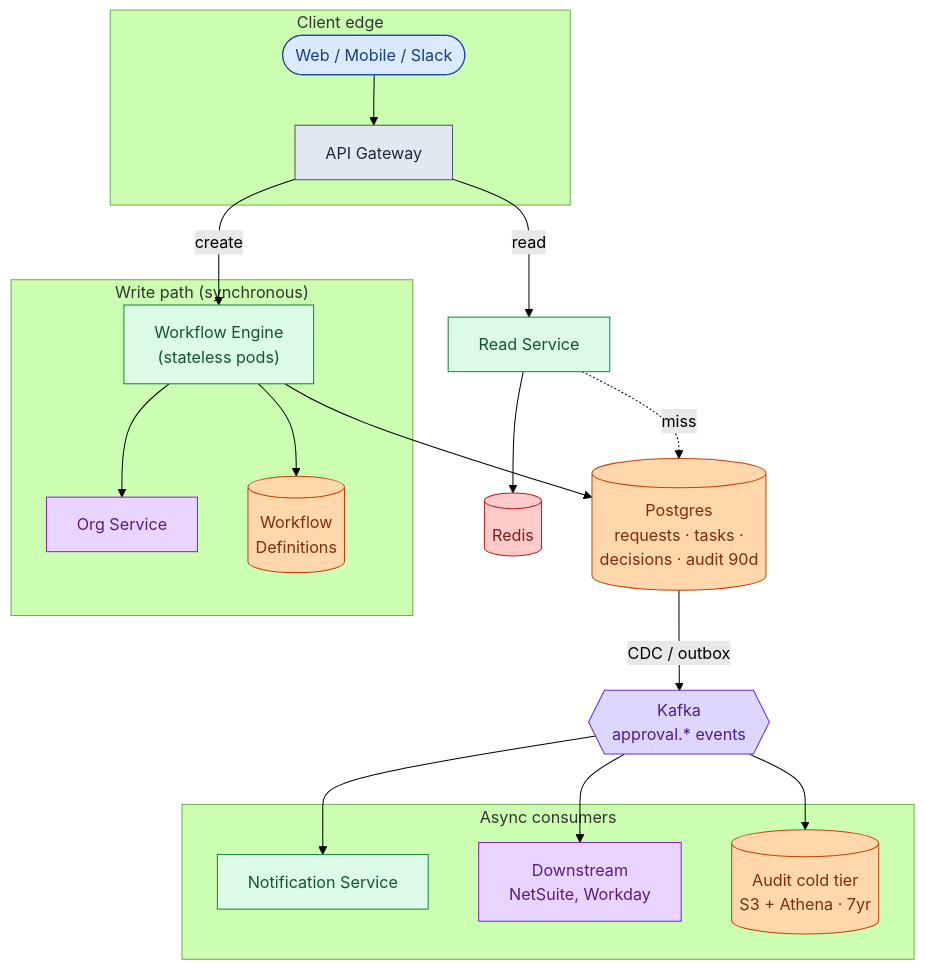
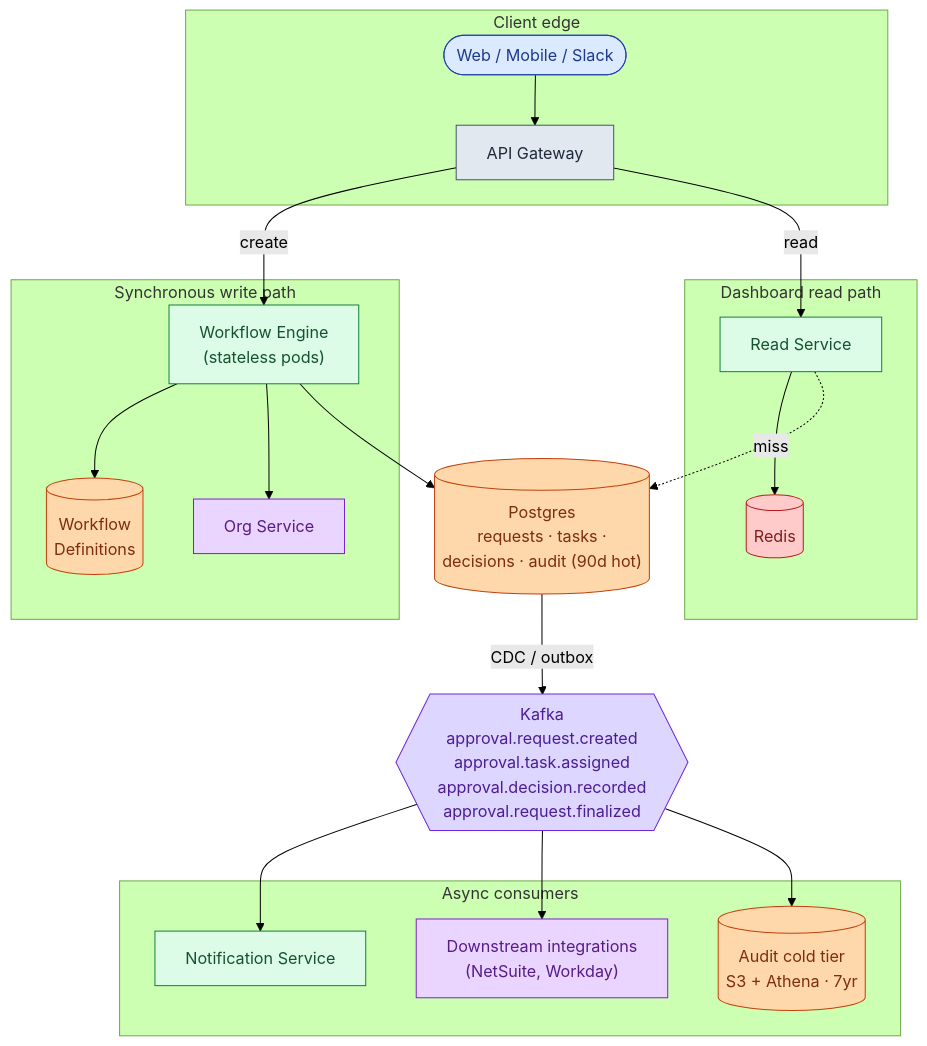
Before and after one commit to shiningflash/system-design: the tenth of 12 diagrams in problems/011-approval-management/question.md, drawn with Mermaid (forest theme). The commit also changed other lines of this file and 37 other files, not shown here.

````diff
--- a/problems/011-approval-management/question.md
+++ b/problems/011-approval-management/question.md
@@ -289,47 +425,49 @@
 ```mermaid
 flowchart TB
     subgraph Edge["Client edge"]
         C([Web / Mobile / Slack]):::user
         GW["API Gateway"]:::edge
     end
 
-    subgraph WritePath["Write path (synchronous)"]
+    subgraph WritePath["Synchronous write path"]
         E["Workflow Engine<br/>(stateless pods)"]:::app
         O["Org Service"]:::ext
         Defs[("Workflow<br/>Definitions")]:::db
     end
 
-    DB[("Postgres<br/>requests · tasks ·<br/>decisions · audit 90d")]:::db
+    DB[("Postgres<br/>requests · tasks ·<br/>decisions · audit (90d hot)")]:::db
 
-    R["Read Service"]:::app
-    Cache[("Redis")]:::cache
+    subgraph ReadPath["Dashboard read path"]
+        R["Read Service"]:::app
+        Cache[("Redis")]:::cache
+    end
 
-    K{{"Kafka<br/>approval.* events"}}:::queue
+    K{{"Kafka<br/>approval.request.created<br/>approval.task.assigned<br/>approval.decision.recorded<br/>approval.request.finalized"}}:::queue
 
     subgraph Consumers["Async consumers"]
         N["Notification Service"]:::app
-        I["Downstream<br/>NetSuite, Workday"]:::ext
-        A[("Audit cold tier<br/>S3 + Athena · 7yr")]:::db
+        I["Downstream integrations<br/>(NetSuite, Workday)"]:::ext
+        Cold[("Audit cold tier<br/>S3 + Athena · 7yr")]:::db
     end
 
     C --> GW
     GW -->|create| E
     GW -->|read| R
     E --> Defs
     E --> O
     E --> DB
     R --> Cache
     R -.miss.-> DB
     DB -->|CDC / outbox| K
     K --> N
     K --> I
-    K --> A
+    K --> Cold
 
     classDef user fill:#dbeafe,stroke:#1e40af,color:#1e3a8a
     classDef edge fill:#e2e8f0,stroke:#475569,color:#1e293b
     classDef app fill:#dcfce7,stroke:#15803d,color:#14532d
     classDef db fill:#fed7aa,stroke:#c2410c,color:#7c2d12
     classDef cache fill:#fecaca,stroke:#b91c1c,color:#7f1d1d
     classDef queue fill:#ddd6fe,stroke:#6d28d9,color:#4c1d95
     classDef ext fill:#e9d5ff,stroke:#7e22ce,color:#581c87
 ```
````
